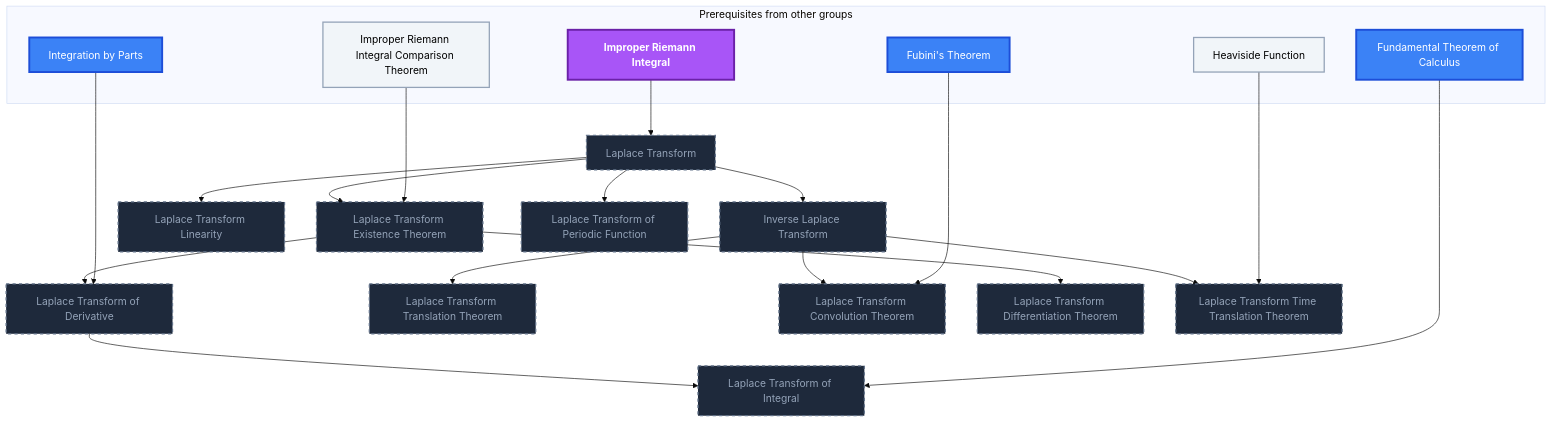
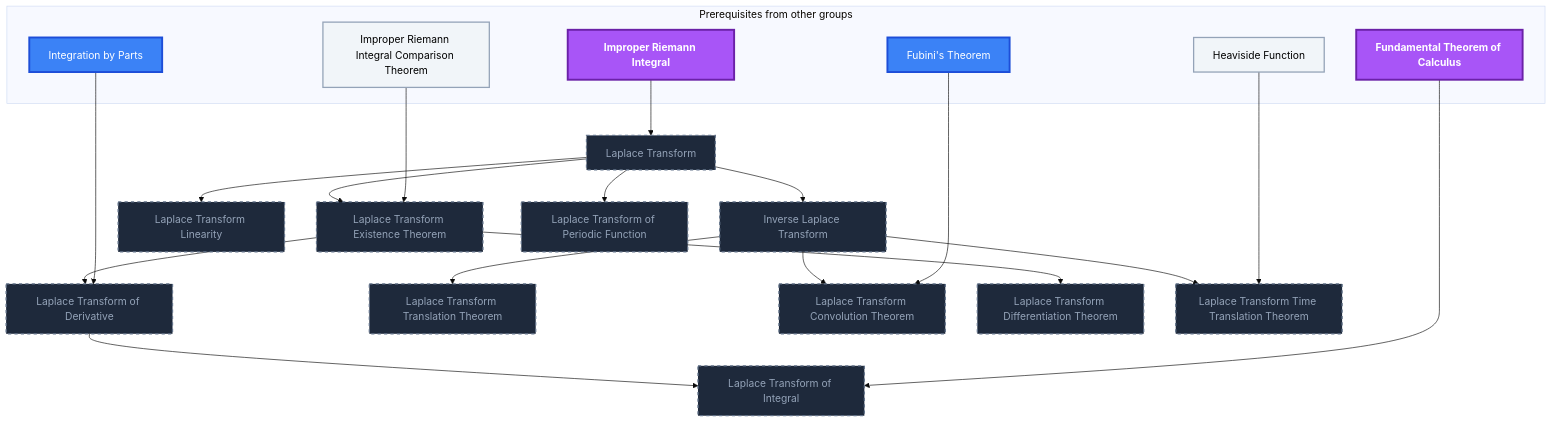
The fourth of 7 diagrams in Gamification/Skill Trees/Ordinary Differential Equations.md (MRauf1/My-Notes), drawn with Mermaid (base theme) before and after one commit. The commit also changed other lines of this file and 73 other files, not shown here.

````diff
--- a/Gamification/Skill Trees/Ordinary Differential Equations.md
+++ b/Gamification/Skill Trees/Ordinary Differential Equations.md
@@ -230,52 +230,52 @@
 ```mermaid
 flowchart TD
     classDef planned fill:#1E293B,stroke:#64748B,stroke-width:2px,stroke-dasharray:5 5,color:#94A3B8;
     classDef locked fill:#334155,stroke:#475569,stroke-width:2px,color:#94A3B8;
     classDef L0 fill:#F1F5F9,stroke:#94A3B8,stroke-width:2px,color:#000000;
     classDef L1 fill:#22C55E,stroke:#15803D,stroke-width:2px,color:#000000;
     classDef L2 fill:#3B82F6,stroke:#1D4ED8,stroke-width:3px,color:#FFFFFF;
     classDef L3 fill:#A855F7,stroke:#6B21A8,stroke-width:3px,color:#FFFFFF,font-weight:bold;
     classDef L4 fill:#F97316,stroke:#C2410C,stroke-width:4px,color:#000000,font-weight:bold;
     classDef L5 fill:#FFD700,stroke:#FF8C00,stroke-width:5px,color:#000000,font-weight:bold;
     classDef rusty stroke:#8B4513,stroke-width:4px,stroke-dasharray:3 3;
     subgraph sg_prereqs["Prerequisites from other groups"]
         n_improper_riemann_integral["Improper Riemann Integral"]
         n_improper_riemann_integral_comparison_theorem["Improper Riemann Integral Comparison Theorem"]
         n_integration_by_parts["Integration by Parts"]
         n_fubini_s_theorem["Fubini's Theorem"]
         n_fundamental_theorem_of_calculus["Fundamental Theorem of Calculus"]
         n_heaviside_function["Heaviside Function"]
     end
     n_laplace_transform["Laplace Transform"]
     n_inverse_laplace_transform["Inverse Laplace Transform"]
     n_laplace_transform_linearity["Laplace Transform Linearity"]
     n_laplace_transform_existence_theorem["Laplace Transform Existence Theorem"]
     n_laplace_transform_of_derivative["Laplace Transform of Derivative"]
     n_laplace_transform_translation_theorem["Laplace Transform Translation Theorem"]
     n_laplace_transform_convolution_theorem["Laplace Transform Convolution Theorem"]
     n_laplace_transform_of_integral["Laplace Transform of Integral"]
     n_laplace_transform_differentiation_theorem["Laplace Transform Differentiation Theorem"]
     n_laplace_transform_time_translation_theorem["Laplace Transform Time Translation Theorem"]
     n_laplace_transform_of_periodic_function["Laplace Transform of Periodic Function"]
     n_improper_riemann_integral --> n_laplace_transform
     n_laplace_transform --> n_inverse_laplace_transform
     n_laplace_transform --> n_laplace_transform_linearity
     n_improper_riemann_integral_comparison_theorem --> n_laplace_transform_existence_theorem
     n_laplace_transform --> n_laplace_transform_existence_theorem
     n_integration_by_parts --> n_laplace_transform_of_derivative
     n_laplace_transform_existence_theorem --> n_laplace_transform_of_derivative
     n_inverse_laplace_transform --> n_laplace_transform_translation_theorem
     n_fubini_s_theorem --> n_laplace_transform_convolution_theorem
     n_inverse_laplace_transform --> n_laplace_transform_convolution_theorem
     n_fundamental_theorem_of_calculus --> n_laplace_transform_of_integral
     n_laplace_transform_of_derivative --> n_laplace_transform_of_integral
     n_laplace_transform_existence_theorem --> n_laplace_transform_differentiation_theorem
     n_heaviside_function --> n_laplace_transform_time_translation_theorem
     n_inverse_laplace_transform --> n_laplace_transform_time_translation_theorem
     n_laplace_transform --> n_laplace_transform_of_periodic_function
     class n_laplace_transform,n_inverse_laplace_transform,n_laplace_transform_linearity,n_laplace_transform_existence_theorem,n_laplace_transform_of_derivative,n_laplace_transform_translation_theorem,n_laplace_transform_convolution_theorem,n_laplace_transform_of_integral,n_laplace_transform_differentiation_theorem,n_laplace_transform_time_translation_theorem,n_laplace_transform_of_periodic_function planned;
     class n_improper_riemann_integral_comparison_theorem,n_heaviside_function L0;
-    class n_integration_by_parts,n_fubini_s_theorem,n_fundamental_theorem_of_calculus L2;
-    class n_improper_riemann_integral L3;
+    class n_integration_by_parts,n_fubini_s_theorem L2;
+    class n_improper_riemann_integral,n_fundamental_theorem_of_calculus L3;
     class n_improper_riemann_integral,n_improper_riemann_integral_comparison_theorem,n_integration_by_parts,n_fubini_s_theorem,n_fundamental_theorem_of_calculus,n_heaviside_function internal-link;
 ```
````
